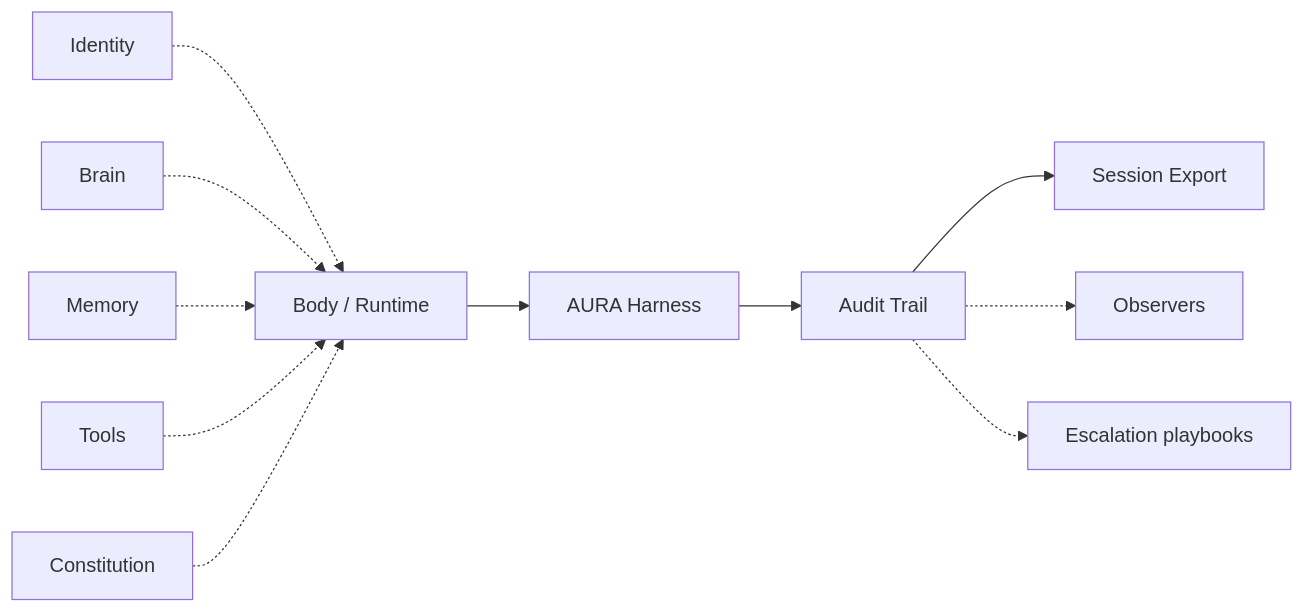
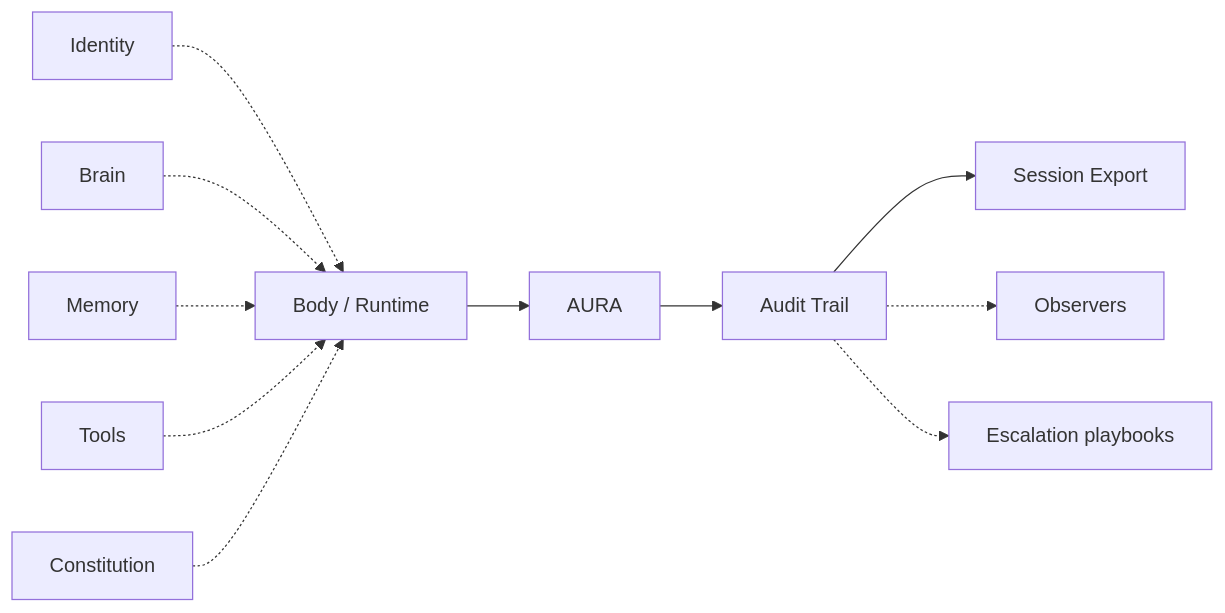
One commit to ARPAHLS/aura changed the second of 2 diagrams in README.md. Above: the diagram before and after it, drawn with Mermaid. The commit also changed other lines of this file and 35 other files, not shown here.

````diff
--- a/README.md
+++ b/README.md
@@ -62,14 +62,14 @@
 ```mermaid
 flowchart LR
     ID["Identity"] -.-> BODY["Body / Runtime"]
     BRAIN["Brain"] -.-> BODY
     MEM["Memory"] -.-> BODY
     TOOLS["Tools"] -.-> BODY
     CONST["Constitution"] -.-> BODY
 
-    BODY --> AURA["AURA Harness"]
+    BODY --> AURA["AURA"]
     AURA --> TRAIL["Audit Trail"]
     TRAIL --> EXPORT["Session Export"]
     TRAIL -.-> OBS["Observers"]
     TRAIL -.-> ESC["Escalation playbooks"]
 ```
````
